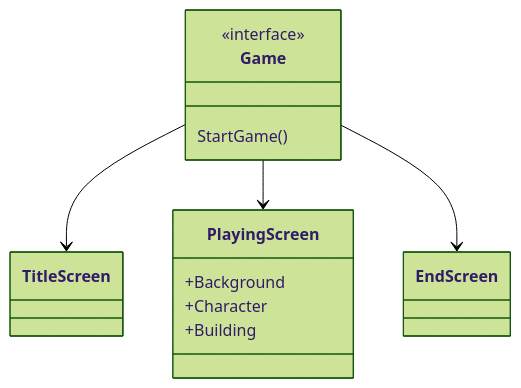
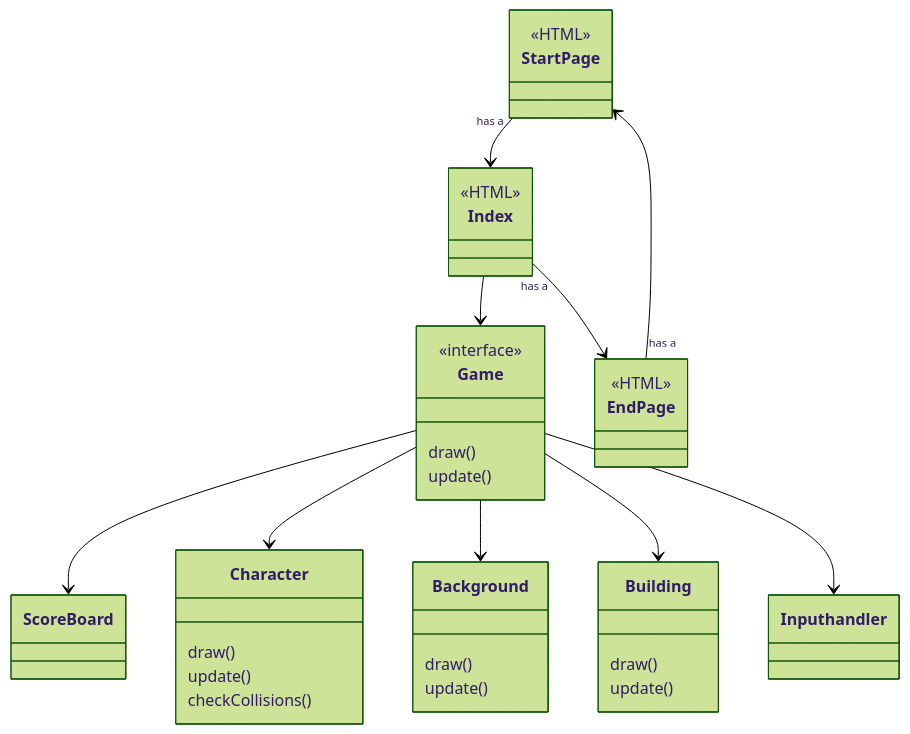
Before and after one commit to cbiddle3/skyRunner: the first of 3 diagrams in README.md, drawn with Mermaid (forest theme).

Commit message:
Update README.md
class diagram

````diff
--- a/README.md
+++ b/README.md
@@ -16,22 +16,51 @@
 ```mermaid
 classDiagram
+
+    class StartPage {
+        <<HTML>>
+    }
+    class Index {
+        <<HTML>>
+    }
+    class EndPage {
+        <<HTML>>
+    }
     class Game {
         <<interface>>
-        StartGame()
+        draw()
+        update()
     }
     
-    class TitleScreen {
+    class Character {
+      draw()
+      update()
+      checkCollisions()
+    }
+
+    class ScoreBoard {
+   
+    }
+
+    class Background {
+      draw()
+      update()
+    }
+
+    class Building {
+      draw()
+      update()
     }
     
-    class PlayingScreen {
-        +Background
-        +Character
-        +Building
-    }
 
-    class EndScreen {
-    }
-    Game --> TitleScreen
-    Game --> PlayingScreen
-    Game --> EndScreen
+    Index --> Game
+    Game --> ScoreBoard
+    Game --> Character
+    Game --> Background
+    Game --> Building
+    Game --> Inputhandler
+    EndPage "has a" --> StartPage
+    StartPage "has a" --> Index
+    Index "has a" --> EndPage
+ 
+    
 ```
````
